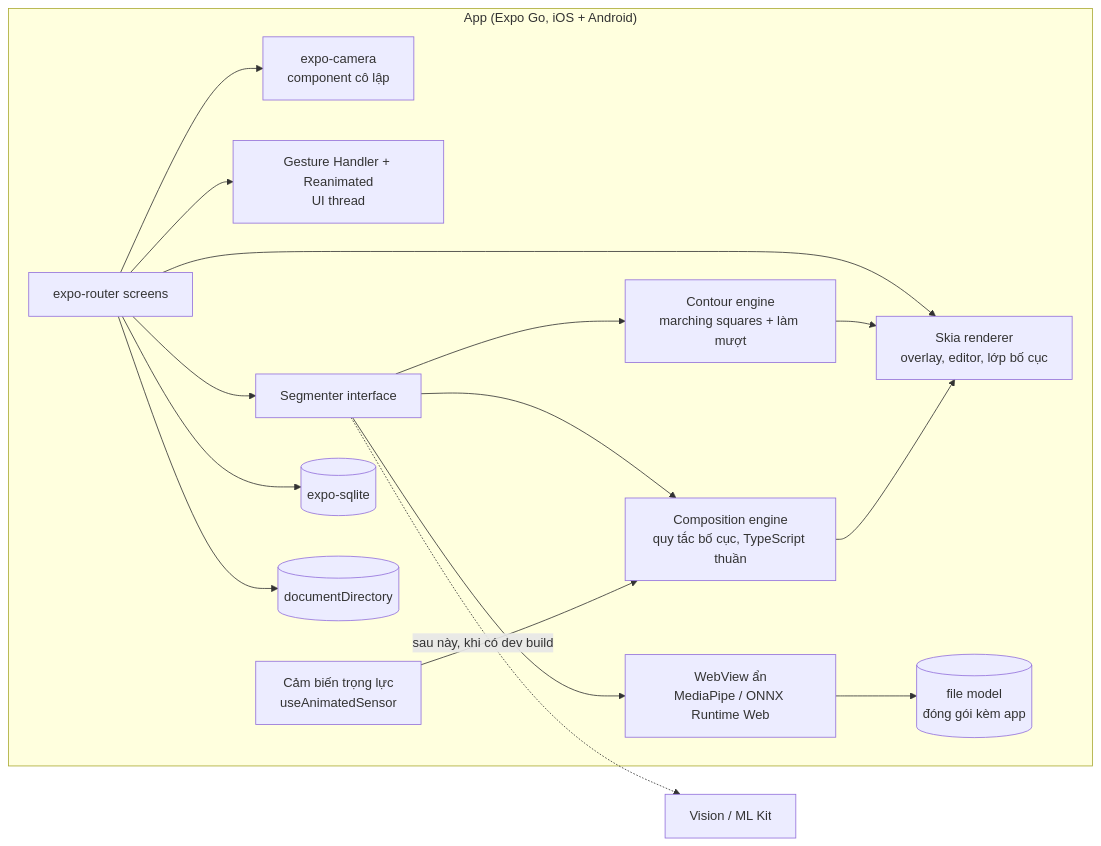
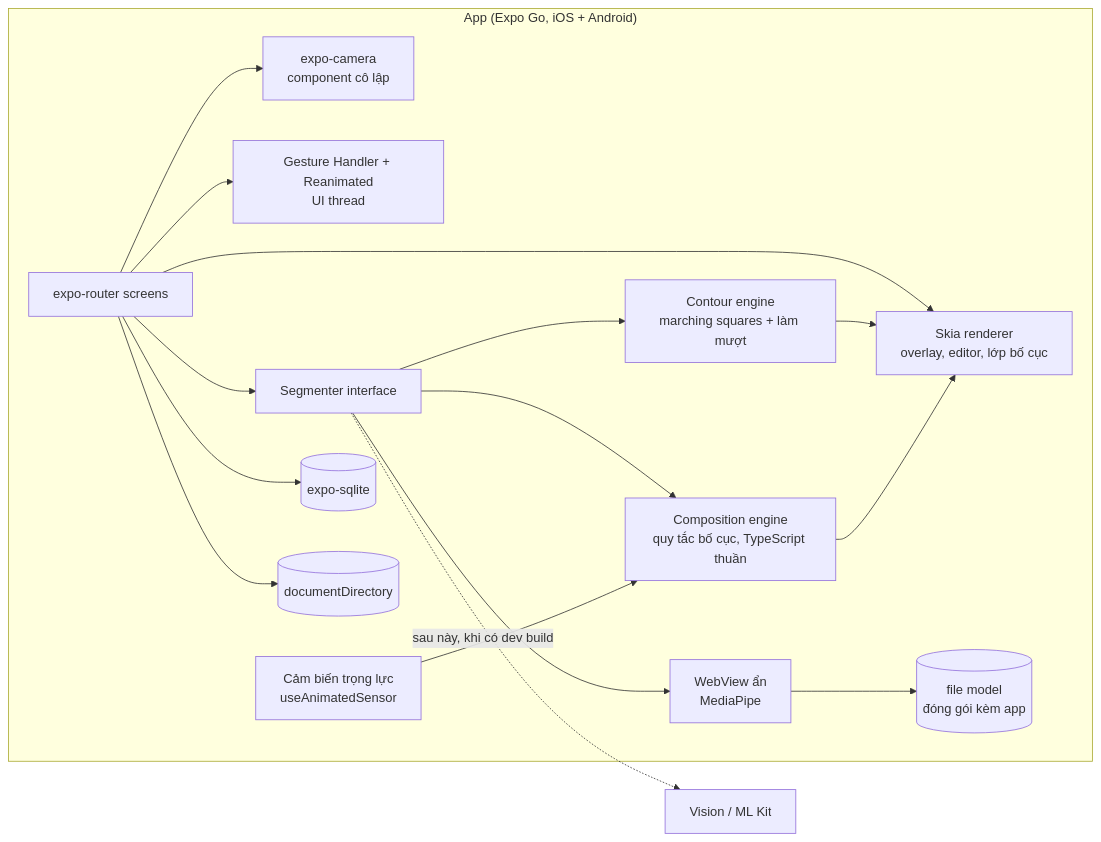
Before and after one commit to tktnq2004/TakeASnap: the diagram in docs/roadmap.md, drawn with Mermaid. The commit also changed other lines of this file and 16 other files, not shown here.

````diff
--- a/docs/roadmap.md
+++ b/docs/roadmap.md
@@ -104,24 +91,24 @@
 ```mermaid
 flowchart LR
     subgraph App["App (Expo Go, iOS + Android)"]
         UI[expo-router screens]
         CAM[expo-camera<br/>component cô lập]
         GES[Gesture Handler + Reanimated<br/>UI thread]
         SKIA[Skia renderer<br/>overlay, editor, lớp bố cục]
         SEGI[Segmenter interface]
-        WV[WebView ẩn<br/>MediaPipe / ONNX Runtime Web]
+        WV[WebView ẩn<br/>MediaPipe]
         MODEL[(file model<br/>đóng gói kèm app)]
         CONT[Contour engine<br/>marching squares + làm mượt]
         COMP[Composition engine<br/>quy tắc bố cục, TypeScript thuần]
         SENS[Cảm biến trọng lực<br/>useAnimatedSensor]
         DB[(expo-sqlite)]
         FS[(documentDirectory)]
     end
     UI --> CAM & GES & SKIA
     UI --> SEGI --> WV --> MODEL
     SEGI --> CONT --> SKIA
     SEGI --> COMP
     SENS --> COMP --> SKIA
     UI --> DB & FS
     SEGI -. "sau này, khi có dev build" .-> NATIVE[Vision / ML Kit]
 ```
````
